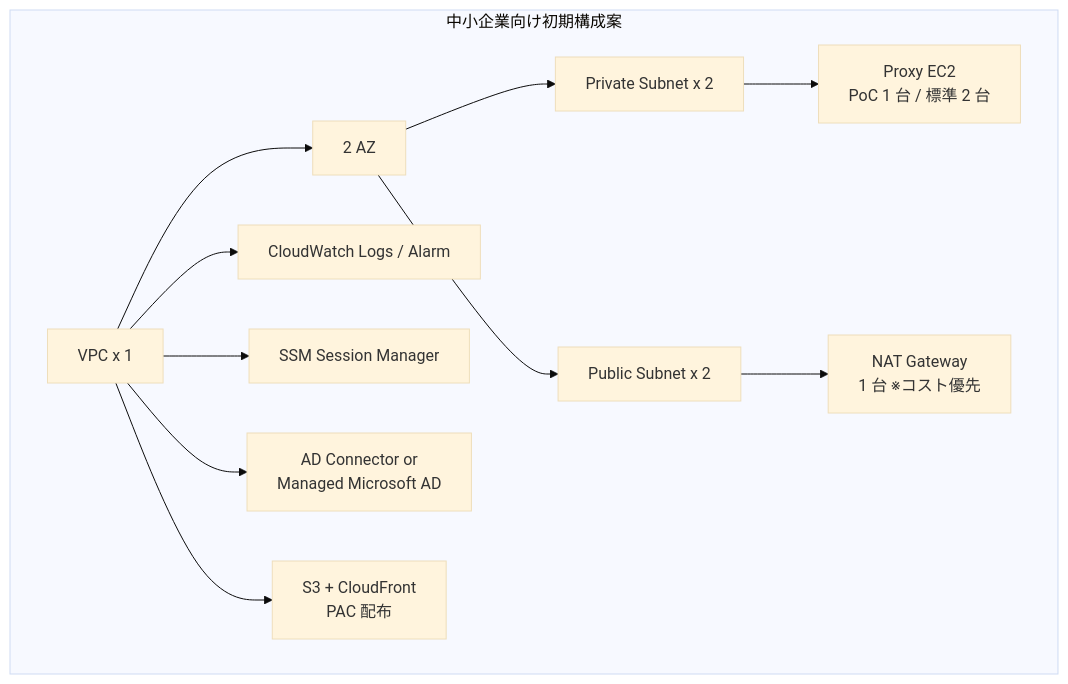
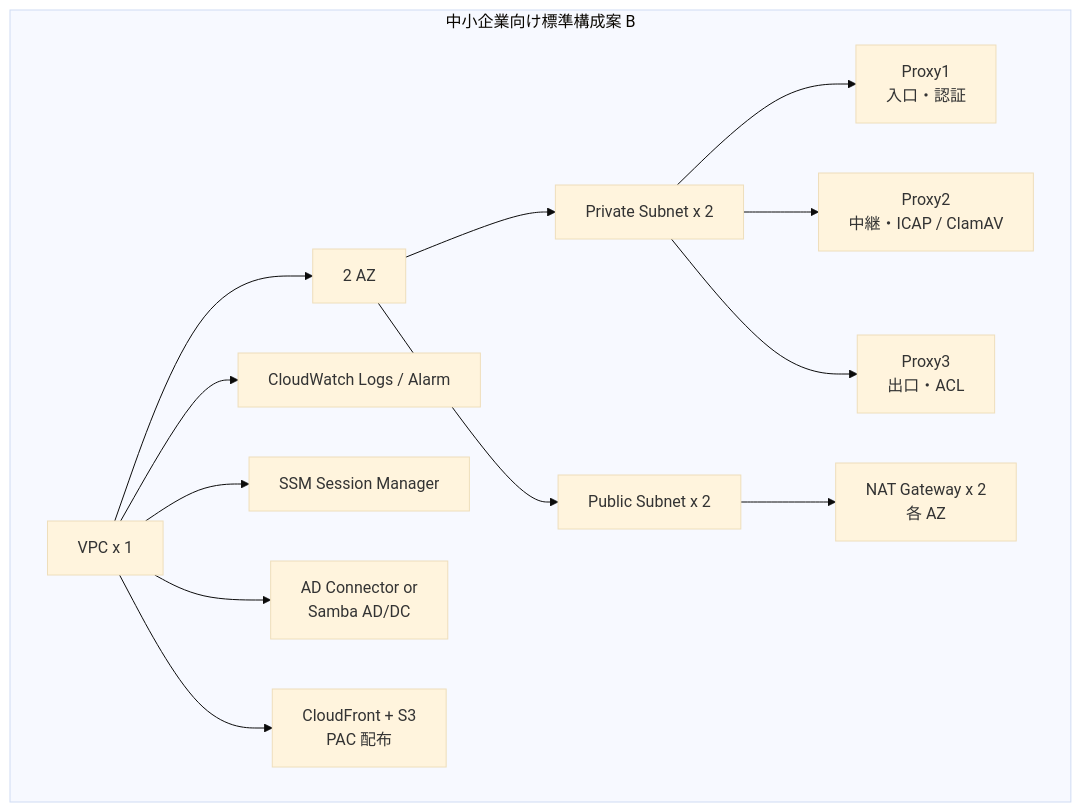
One commit to Tanasu0417/code-of-life-public changed the fifth of 12 diagrams in aws-deployment-plan.md. Above: the diagram before and after it, drawn with Mermaid (base theme). The commit also changed other lines of this file and 5 other files, not shown here.

First line of the commit message:
feat: align AWS deployment design with 4 architecture diagrams

````diff
--- a/aws-deployment-plan.md
+++ b/aws-deployment-plan.md
@@ -182,14 +134,16 @@
 ```mermaid
 graph TB
-    subgraph INIT[中小企業向け初期構成案]
+    subgraph INIT[中小企業向け標準構成案 B]
         VPC1[VPC x 1] --> AZ[2 AZ]
         AZ --> PUB[Public Subnet x 2]
         AZ --> PRV[Private Subnet x 2]
-        PRV --> PX[Proxy EC2<br/>PoC 1 台 / 標準 2 台]
-        PUB --> NAT1[NAT Gateway<br/>1 台 ※コスト優先]
+        PRV --> P1[Proxy1<br/>入口・認証]
+        PRV --> P2[Proxy2<br/>中継・ICAP / ClamAV]
+        PRV --> P3[Proxy3<br/>出口・ACL]
+        PUB --> NAT1[NAT Gateway x 2<br/>各 AZ]
         VPC1 --> CW[CloudWatch Logs / Alarm]
         VPC1 --> SSM[SSM Session Manager]
-        VPC1 --> AD[AD Connector or<br/>Managed Microsoft AD]
-        VPC1 --> PAC[S3 + CloudFront<br/>PAC 配布]
+        VPC1 --> AD[AD Connector or<br/>Samba AD/DC]
+        VPC1 --> PAC[CloudFront + S3<br/>PAC 配布]
     end
 ```
````
